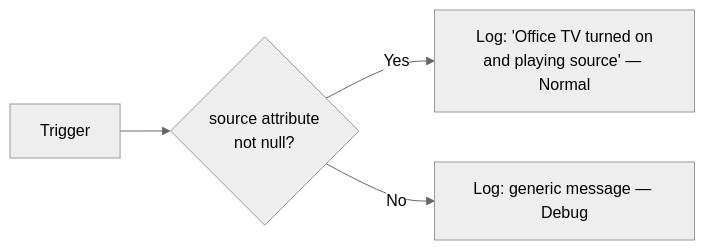
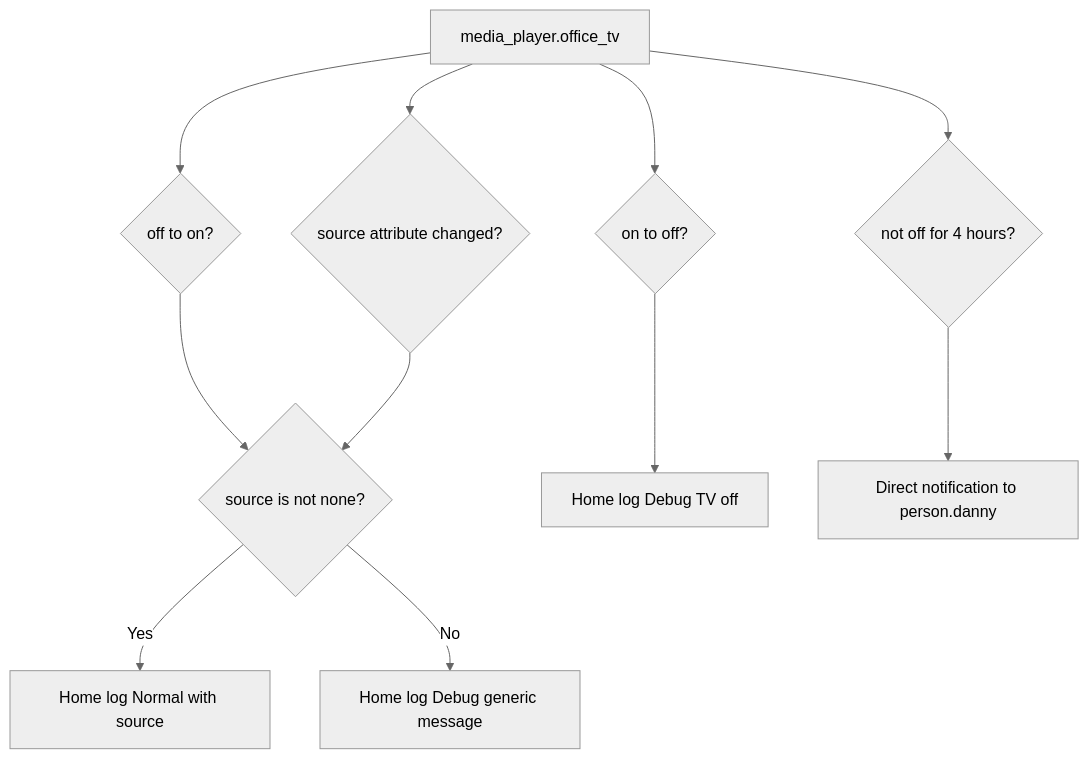
The diagram in packages/integrations/lg_README.md (dannytsang/homeassistant-config), drawn with Mermaid (neutral theme) before and after one commit. The commit also changed other lines of this file and 60 other files, not shown here.

````diff
--- a/packages/integrations/lg_README.md
+++ b/packages/integrations/lg_README.md
@@ -28,6 +26,13 @@
 ```mermaid
-flowchart LR
-    A[Trigger] --> B{source attribute\nnot null?}
-    B -->|Yes| C[Log: 'Office TV turned on\nand playing source' — Normal]
-    B -->|No| D[Log: generic message — Debug]
+flowchart TD
+    TV[media_player.office_tv] --> On{off to on?}
+    TV --> Off{on to off?}
+    TV --> Source{source attribute changed?}
+    TV --> Long{not off for 4 hours?}
+    On --> SourceKnown{source is not none?}
+    Source --> SourceKnown
+    SourceKnown -->|Yes| NormalLog[Home log Normal with source]
+    SourceKnown -->|No| DebugLog[Home log Debug generic message]
+    Off --> OffLog[Home log Debug TV off]
+    Long --> Notify[Direct notification to person.danny]
 ```
````
